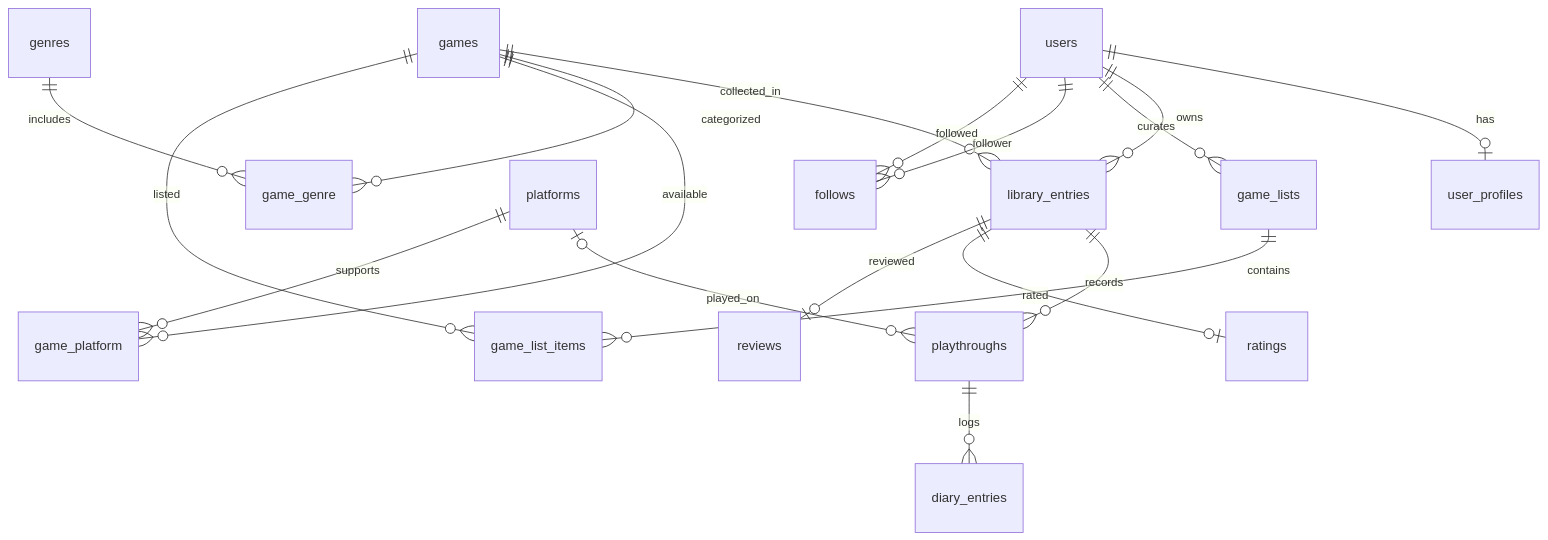
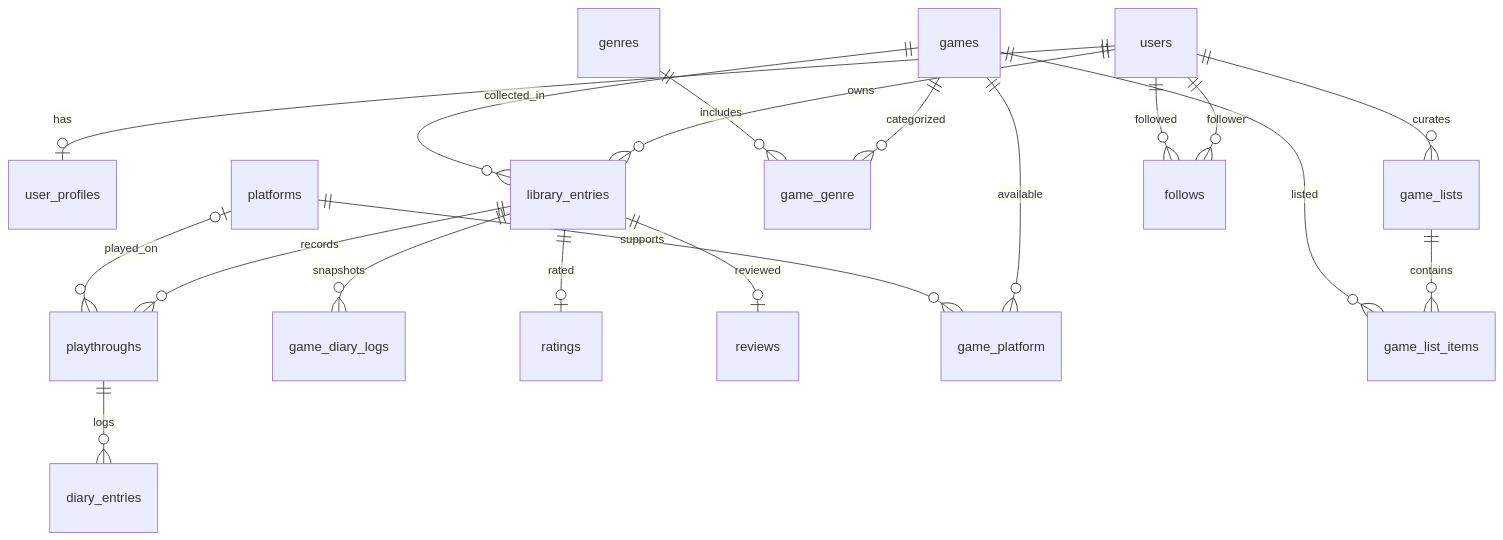
The diagram in docs/DATA_MODEL.md (noeel0723/playhaven), drawn with Mermaid before and after one commit. The commit also changed other lines of this file and 21 other files, not shown here.

Commit message:
feat: add status reviews and completion dates to game diary

````diff
--- a/docs/DATA_MODEL.md
+++ b/docs/DATA_MODEL.md
@@ -7,20 +7,21 @@
 ```mermaid
 erDiagram
     users ||--o| user_profiles : has
     users ||--o{ library_entries : owns
     games ||--o{ library_entries : collected_in
     library_entries ||--o{ playthroughs : records
+    library_entries ||--o{ game_diary_logs : snapshots
     playthroughs ||--o{ diary_entries : logs
     platforms o|--o{ playthroughs : played_on
     library_entries ||--o| ratings : rated
     library_entries ||--o| reviews : reviewed
     games ||--o{ game_genre : categorized
     genres ||--o{ game_genre : includes
     games ||--o{ game_platform : available
     platforms ||--o{ game_platform : supports
     users ||--o{ game_lists : curates
     game_lists ||--o{ game_list_items : contains
     games ||--o{ game_list_items : listed
     users ||--o{ follows : follower
     users ||--o{ follows : followed
 ```
````
